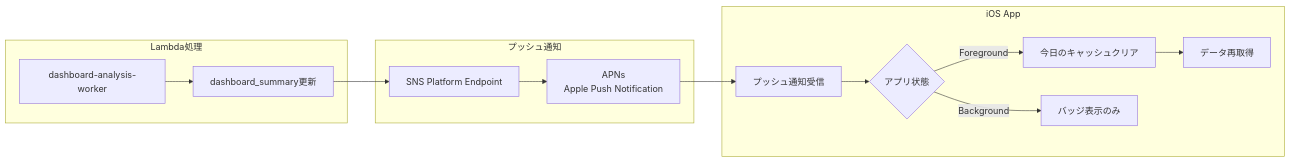
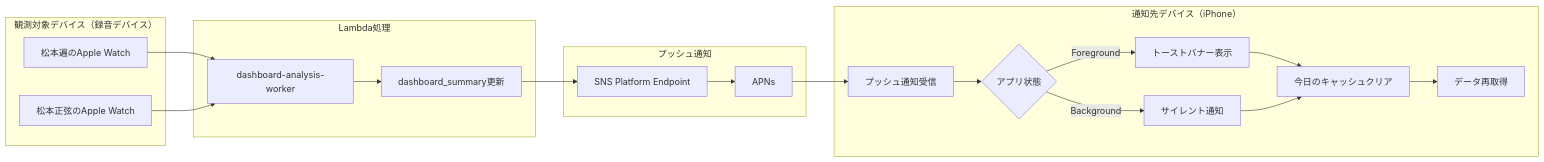
The diagram in docs/PUSH_NOTIFICATION_ARCHITECTURE.md (hey-watchme/app-ios), drawn with Mermaid before and after one commit. The commit also changed other lines of this file, not shown here.

````diff
--- a/docs/PUSH_NOTIFICATION_ARCHITECTURE.md
+++ b/docs/PUSH_NOTIFICATION_ARCHITECTURE.md
@@ -23,19 +39,28 @@
 ```mermaid
 graph LR
+    subgraph "観測対象デバイス（録音デバイス）"
+        A1[松本遍のApple Watch]
+        A2[松本正弦のApple Watch]
+    end
+
     subgraph "Lambda処理"
-        A[dashboard-analysis-worker] --> B[dashboard_summary更新]
+        A1 --> B[dashboard-analysis-worker]
+        A2 --> B
+        B --> C[dashboard_summary更新]
     end
 
     subgraph "プッシュ通知"
-        B --> C[SNS Platform Endpoint]
-        C --> D[APNs<br/>Apple Push Notification]
+        C --> D[SNS Platform Endpoint]
+        D --> E[APNs]
     end
 
-    subgraph "iOS App"
-        D --> E[プッシュ通知受信]
-        E --> F{アプリ状態}
-        F -->|Foreground| G[今日のキャッシュクリア]
-        F -->|Background| H[バッジ表示のみ]
-        G --> I[データ再取得]
+    subgraph "通知先デバイス（iPhone）"
+        E --> F[プッシュ通知受信]
+        F --> G{アプリ状態}
+        G -->|Foreground| H[トーストバナー表示]
+        G -->|Background| I[サイレント通知]
+        H --> J[今日のキャッシュクリア]
+        I --> J
+        J --> K[データ再取得]
     end
 ```
````
